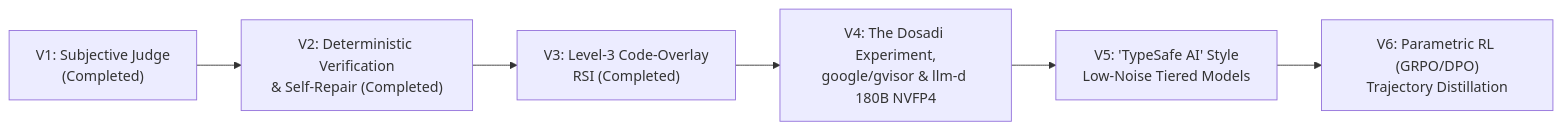
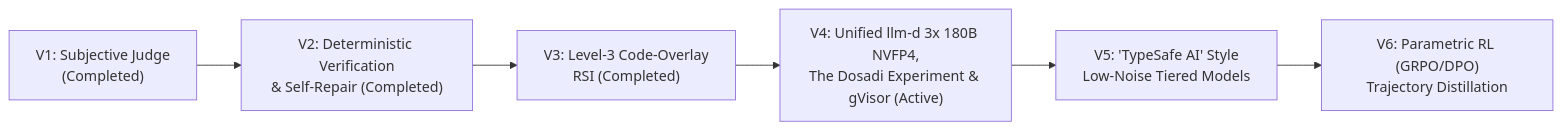
The diagram in README.md (SinaChavoshi/hierarchical-agent-evolution), drawn with Mermaid before and after one commit. The commit also changed other lines of this file and 5 other files, not shown here.

Commit message:
docs(v4): publish Gen 10 results, launch Gen 11, and document unified llm-d + 3x 180B NVFP4 gains

````diff
--- a/README.md
+++ b/README.md
@@ -44,8 +45,8 @@
 ```mermaid
 flowchart LR
     V1["V1: Subjective Judge<br/>(Completed)"] --> V2["V2: Deterministic Verification<br/>& Self-Repair (Completed)"]
     V2 --> V3["V3: Level-3 Code-Overlay<br/>RSI (Completed)"]
-    V3 --> V4["V4: The Dosadi Experiment,<br/>google/gvisor & llm-d 180B NVFP4"]
+    V3 --> V4["V4: Unified llm-d 3x 180B NVFP4,<br/>The Dosadi Experiment & gVisor (Active)"]
     V4 --> V5["V5: 'TypeSafe AI' Style<br/>Low-Noise Tiered Models"]
     V5 --> V6["V6: Parametric RL (GRPO/DPO)<br/>Trajectory Distillation"]
 ```
````
